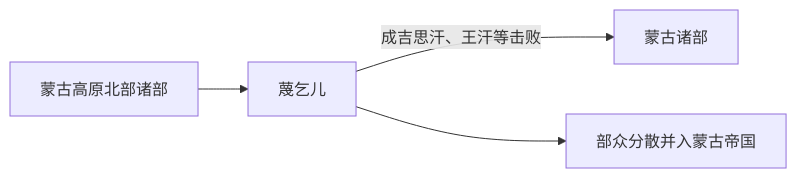
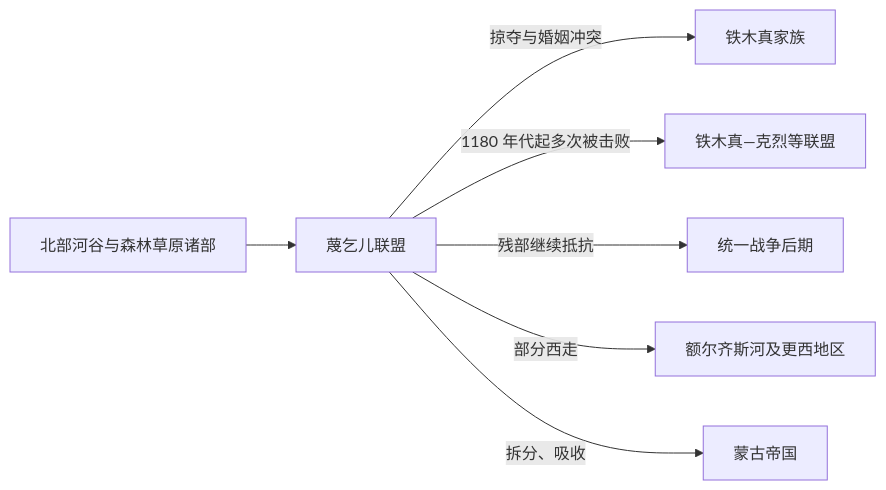
Before and after one commit to tianlan-dev/learning-notes: the diagram in 人文科学/历史/东亚/中国/_民族/蒙古语族与东胡/蒙古帝国前诸部/蔑乞儿.md, drawn with Mermaid. The commit also changed other lines of this file and 180 other files, not shown here.

````diff
--- a/人文科学/历史/东亚/中国/_民族/蒙古语族与东胡/蒙古帝国前诸部/蔑乞儿.md
+++ b/人文科学/历史/东亚/中国/_民族/蒙古语族与东胡/蒙古帝国前诸部/蔑乞儿.md
@@ -28,6 +17,9 @@
 ```mermaid
 flowchart LR
-  NorthSteppe["蒙古高原北部诸部"] --> Merkit["蔑乞儿"]
-  Merkit -->|成吉思汗、王汗等击败| Mongol["蒙古诸部"]
-  Merkit --> Dispersal["部众分散并入蒙古帝国"]
+  North["北部河谷与森林草原诸部"] --> Merkit["蔑乞儿联盟"]
+  Merkit -->|"掠夺与婚姻冲突"| TemujinFamily["铁木真家族"]
+  Merkit -->|"1180 年代起多次被击败"| Coalition["铁木真—克烈等联盟"]
+  Merkit -->|"残部继续抵抗"| SteppeWar["统一战争后期"]
+  Merkit -->|"部分西走"| West["额尔齐斯河及更西地区"]
+  Merkit -->|"拆分、吸收"| Empire["蒙古帝国"]
 ```
````
